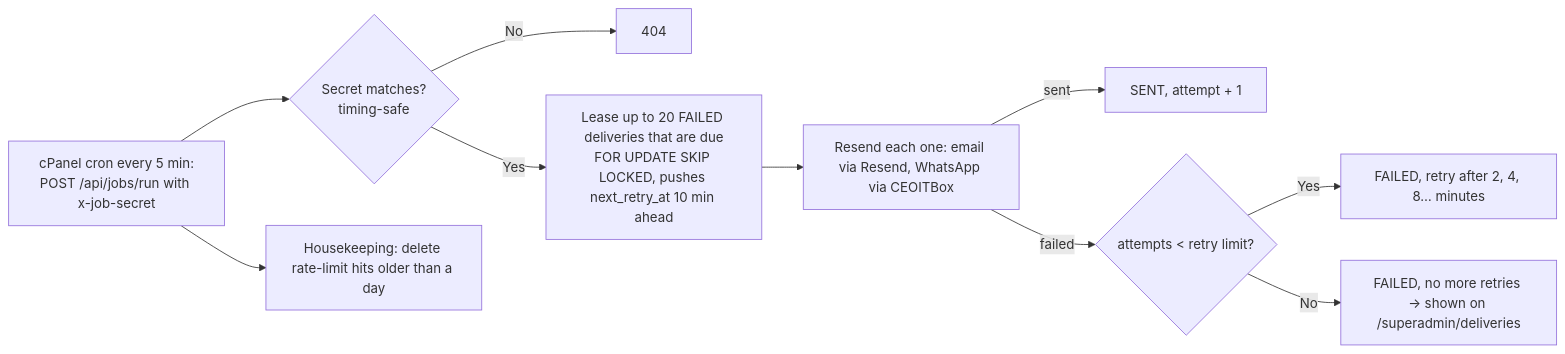
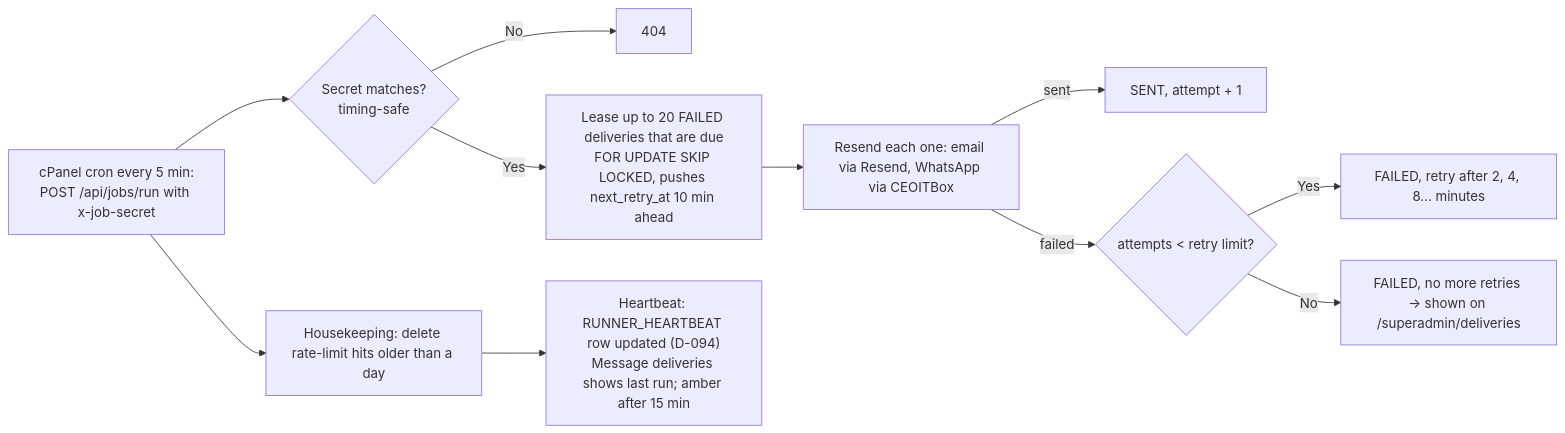
Diagram 11 of 24 in FLOWS.md (HarishDevs/ARS-Approval-System), drawn with Mermaid before and after one commit. The commit also changed other lines of this file and 19 other files, not shown here.

First line of the commit message:
v1.3.4: dependency upgrades (Q-017), Cloudflare client IP (Q-018), default sender no_reply@approval.arssteels.net, job runner heartbeat, step-by-step cron guide

````diff
--- a/FLOWS.md
+++ b/FLOWS.md
@@ -358,12 +358,14 @@
 ```mermaid
 flowchart LR
   C["cPanel cron every 5 min:\nPOST /api/jobs/run with x-job-secret"] --> K{"Secret matches?\ntiming-safe"}
   K -- No --> Z[404]
   K -- Yes --> L["Lease up to 20 FAILED deliveries that are due\nFOR UPDATE SKIP LOCKED, pushes next_retry_at 10 min ahead"]
   L --> S["Resend each one: email via Resend, WhatsApp via CEOITBox"]
   S -- sent --> OK[SENT, attempt + 1]
   S -- failed --> B{"attempts < retry limit?"}
   B -- Yes --> BK["FAILED, retry after 2, 4, 8… minutes"]
   B -- No --> G["FAILED, no more retries → shown on /superadmin/deliveries"]
   C --> T[Housekeeping: delete rate-limit hits older than a day]
+  T --> H["Heartbeat: RUNNER_HEARTBEAT row updated (D-094)
+Message deliveries shows last run; amber after 15 min"]
 ```
````
